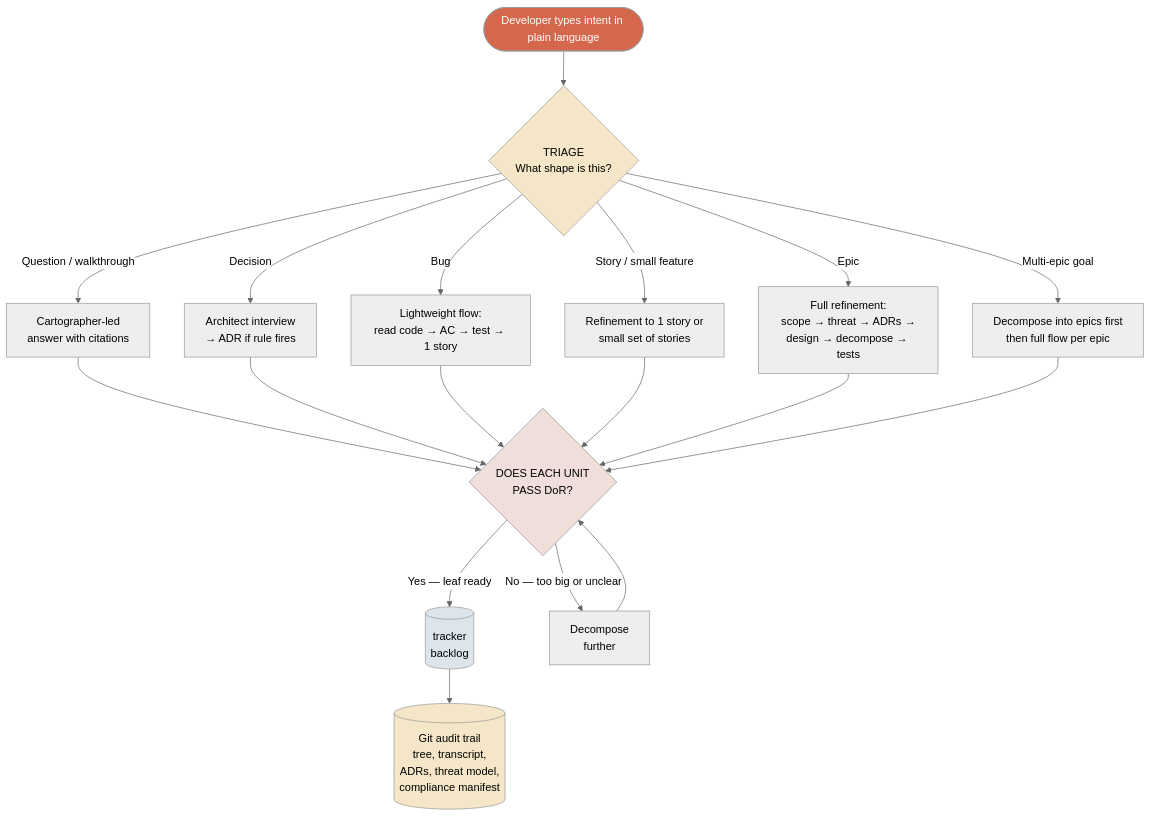
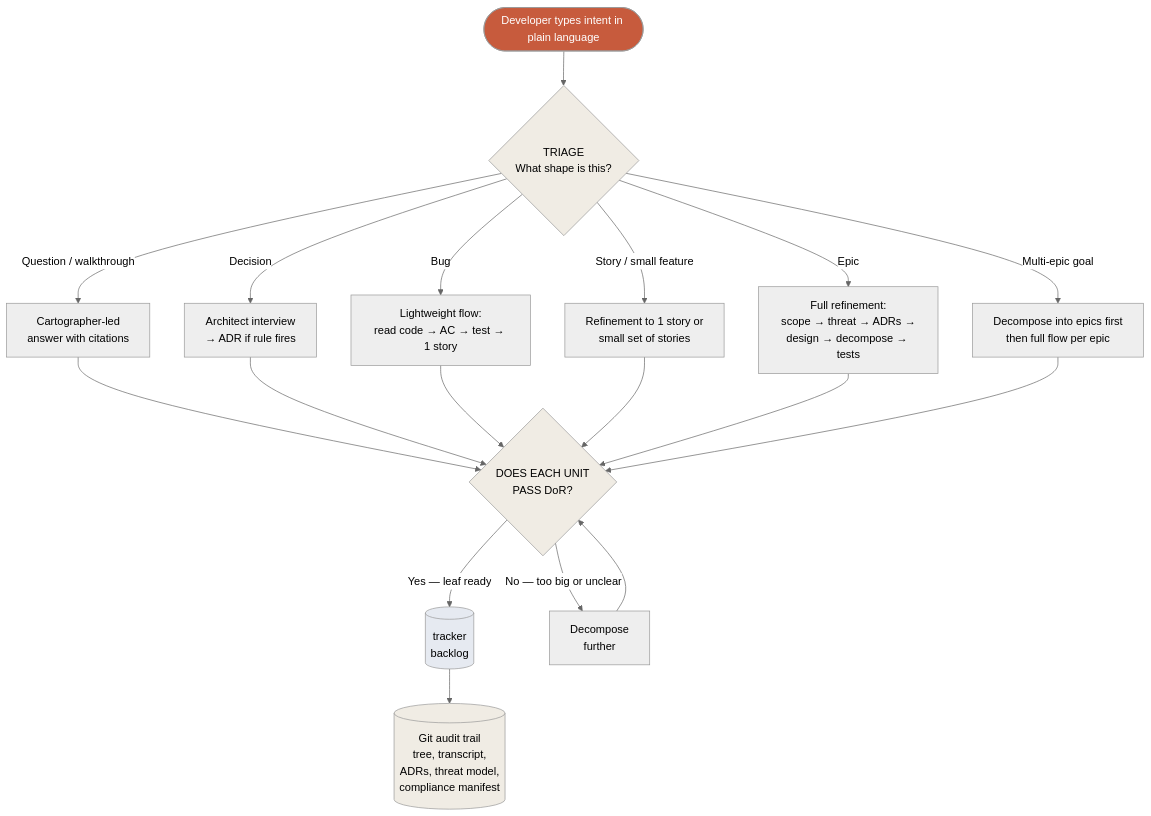
One commit to nlawstudio/ai-refinement-method changed the first of 17 diagrams in METHOD.md. Above: the diagram before and after it, drawn with Mermaid (neutral theme). The commit also changed other lines of this file and 4 other files, not shown here.

````diff
--- a/METHOD.md
+++ b/METHOD.md
@@ -90,31 +90,31 @@
 ```mermaid
 flowchart TB
     Start([Developer types intent in plain language])
     Start --> Triage{TRIAGE<br/>What shape is this?}
 
     Triage -->|Question / walkthrough| Walk[Cartographer-led<br/>answer with citations]
     Triage -->|Decision| Decide[Architect interview<br/>→ ADR if rule fires]
     Triage -->|Bug| Bug[Lightweight flow:<br/>read code → AC → test → 1 story]
     Triage -->|Story / small feature| Story[Refinement to 1 story or<br/>small set of stories]
     Triage -->|Epic| Epic[Full refinement:<br/>scope → threat → ADRs →<br/>design → decompose → tests]
     Triage -->|Multi-epic goal| Multi[Decompose into epics first<br/>then full flow per epic]
 
     Walk --> Decompose{DOES EACH UNIT<br/>PASS DoR?}
     Decide --> Decompose
     Bug --> Decompose
     Story --> Decompose
     Epic --> Decompose
     Multi --> Decompose
 
     Decompose -->|Yes — leaf ready| tracker[(tracker<br/>backlog)]
     Decompose -->|No — too big or unclear| Recurse[Decompose<br/>further]
     Recurse --> Decompose
 
     tracker --> Audit[(Git audit trail<br/>tree, transcript,<br/>ADRs, threat model,<br/>compliance manifest)]
 
-    style Start fill:#D5674C,color:#fff
-    style Triage fill:#F4E6C6
-    style Decompose fill:#EFDED9
-    style tracker fill:#DCE4EC
-    style Audit fill:#F4E6C6
+    style Start fill:#C75B3D,color:#fff
+    style Triage fill:#F0ECE4
+    style Decompose fill:#F0ECE4
+    style tracker fill:#E6EAF1
+    style Audit fill:#F0ECE4
 ```
````
